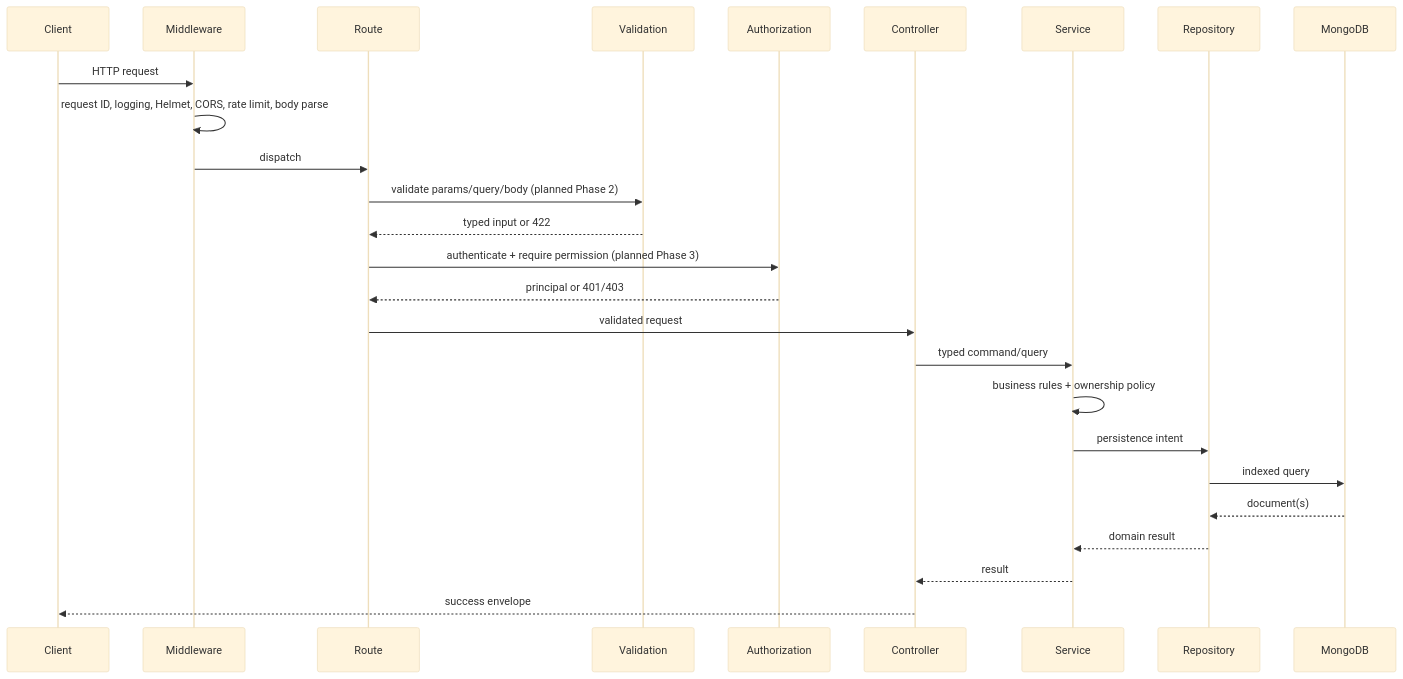
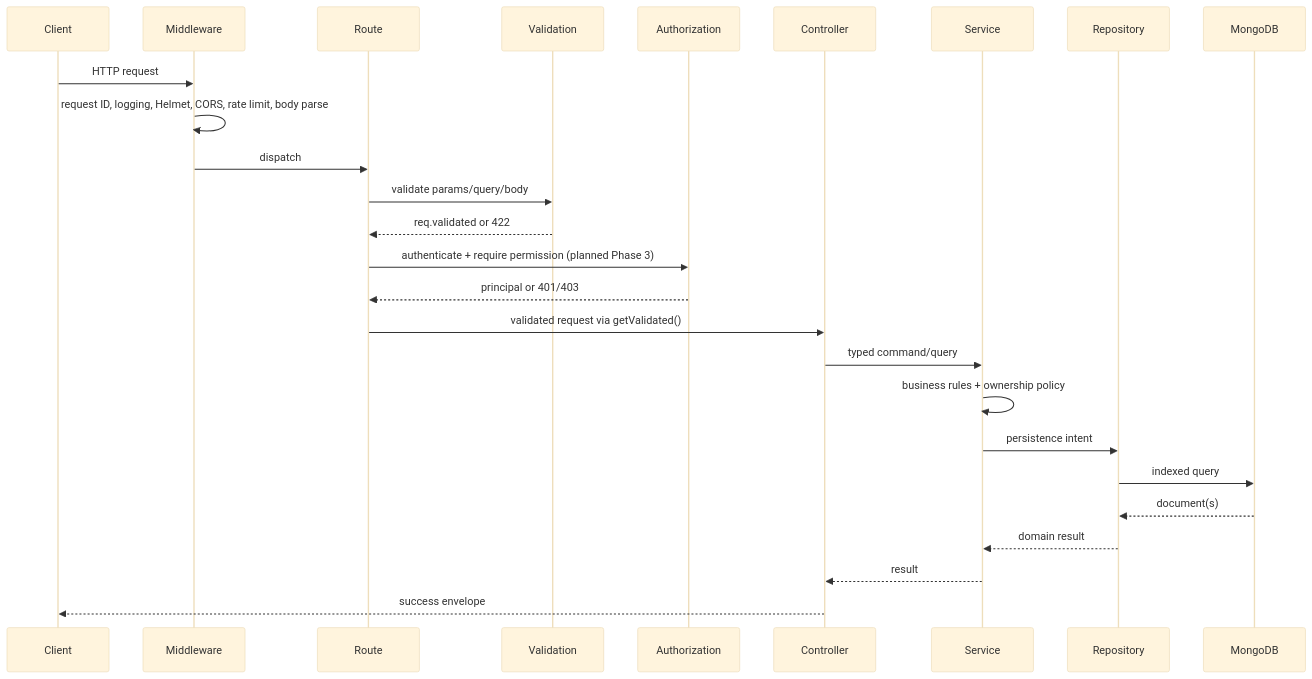
One commit to codesource2001/lms-mern-stack-v1 changed the second of 4 diagrams in docs/ARCHITECTURE.md. Above: the diagram before and after it, drawn with Mermaid (base theme). The commit also changed other lines of this file and 140 other files, not shown here.

````diff
--- a/docs/ARCHITECTURE.md
+++ b/docs/ARCHITECTURE.md
@@ -130,29 +132,29 @@
 ```mermaid
 sequenceDiagram
   participant C as Client
   participant M as Middleware
   participant R as Route
   participant V as Validation
   participant A as Authorization
   participant Ctrl as Controller
   participant S as Service
   participant Repo as Repository
   participant DB as MongoDB
 
   C->>M: HTTP request
   M->>M: request ID, logging, Helmet, CORS, rate limit, body parse
   M->>R: dispatch
-  R->>V: validate params/query/body (planned Phase 2)
-  V-->>R: typed input or 422
+  R->>V: validate params/query/body
+  V-->>R: req.validated or 422
   R->>A: authenticate + require permission (planned Phase 3)
   A-->>R: principal or 401/403
-  R->>Ctrl: validated request
+  R->>Ctrl: validated request via getValidated()
   Ctrl->>S: typed command/query
   S->>S: business rules + ownership policy
   S->>Repo: persistence intent
   Repo->>DB: indexed query
   DB-->>Repo: document(s)
   Repo-->>S: domain result
   S-->>Ctrl: result
   Ctrl-->>C: success envelope
 ```
````
